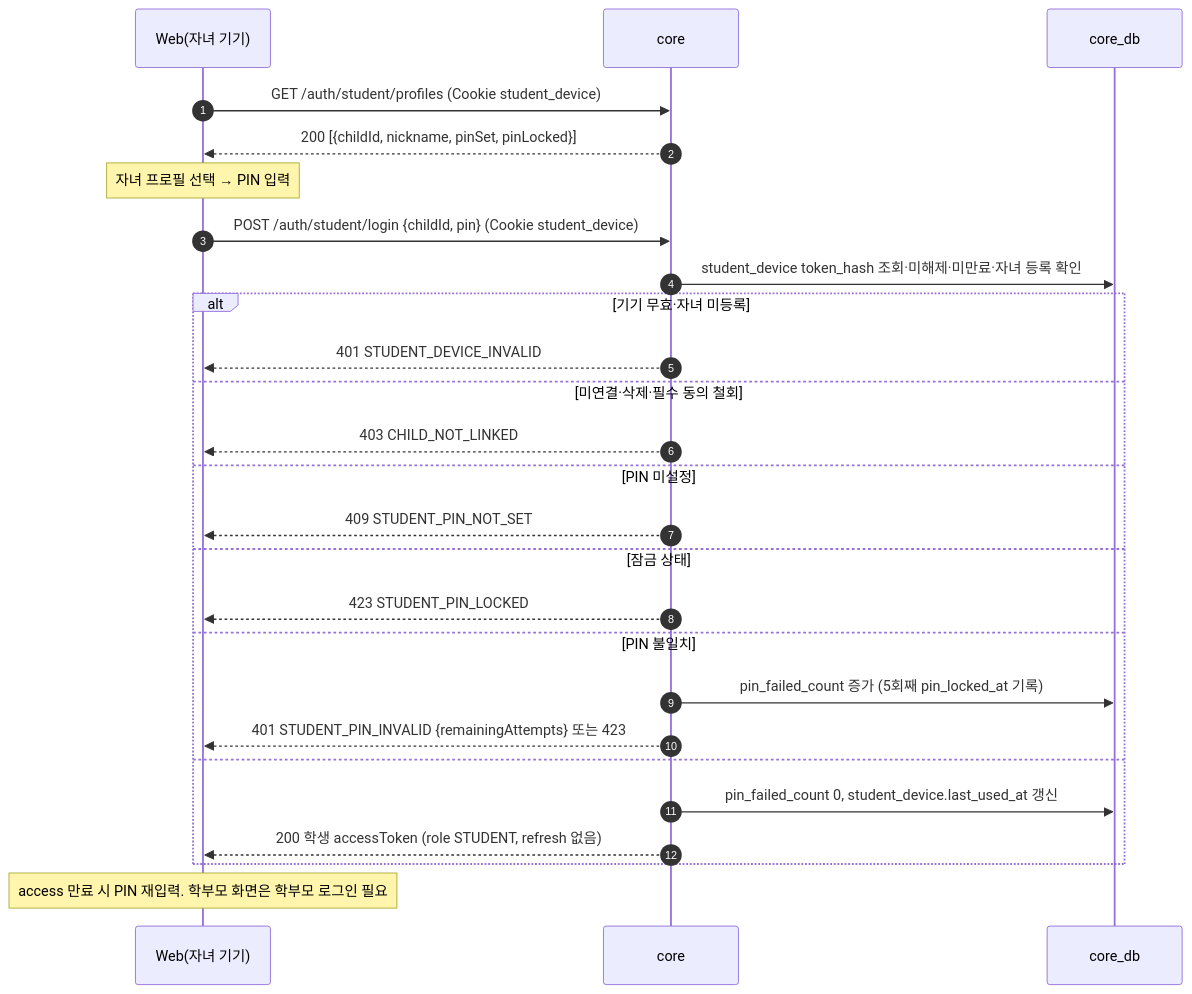
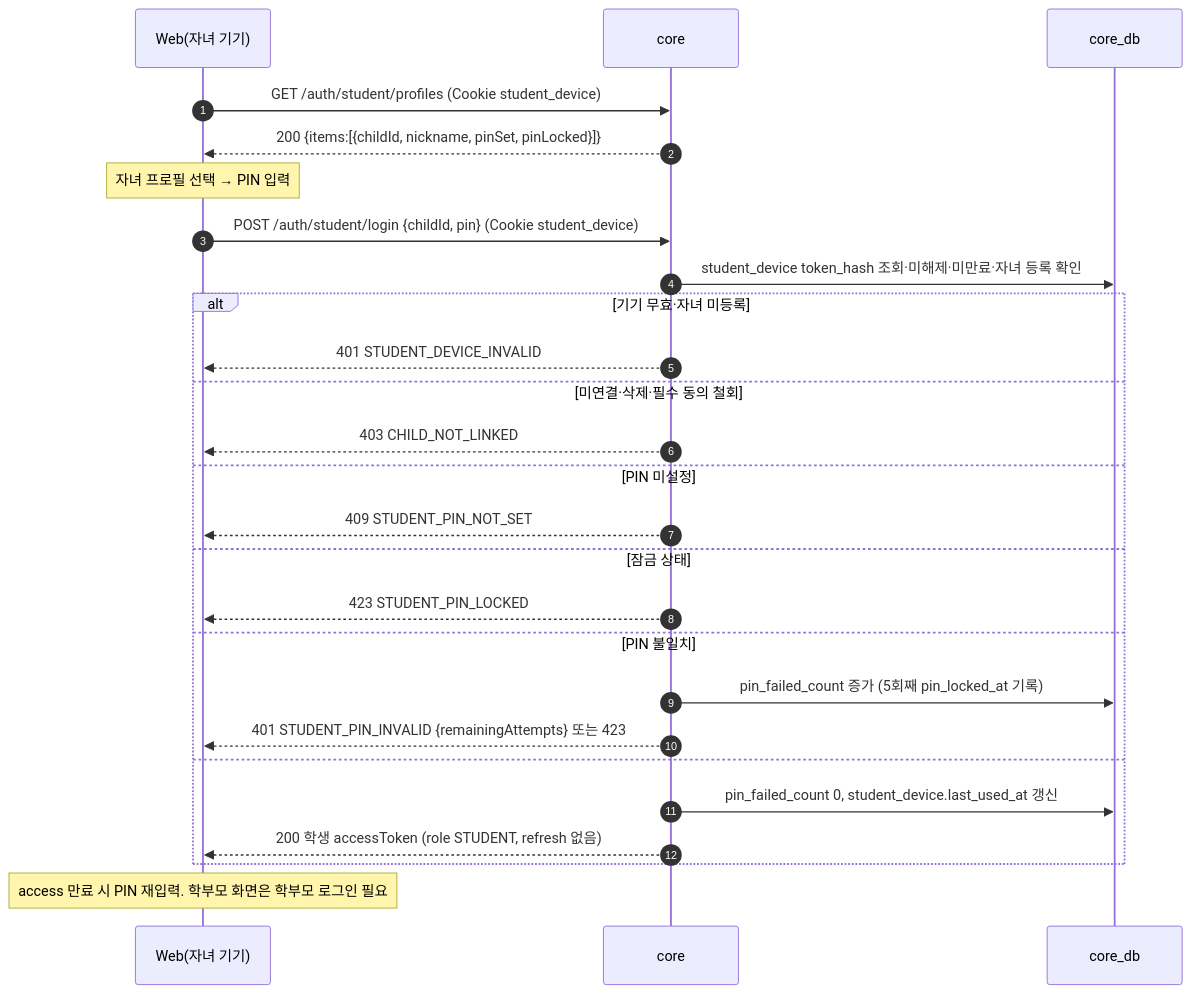
One commit to SKNETWORKS-FAMILY-AICAMP/SKN34-FINAL-3TEAM changed the sixth of 21 diagrams in docs/design/sequence-diagram.md. Above: the diagram before and after it, drawn with Mermaid. The commit also changed other lines of this file and 57 other files, not shown here.

````diff
--- a/docs/design/sequence-diagram.md
+++ b/docs/design/sequence-diagram.md
@@ -191,29 +191,29 @@
 ```mermaid
 sequenceDiagram
   autonumber
   participant K as Web(자녀 기기)
   participant C as core
   participant DB as core_db
 
   K->>C: GET /auth/student/profiles (Cookie student_device)
-  C-->>K: 200 [{childId, nickname, pinSet, pinLocked}]
+  C-->>K: 200 {items:[{childId, nickname, pinSet, pinLocked}]}
   Note over K: 자녀 프로필 선택 → PIN 입력
   K->>C: POST /auth/student/login {childId, pin} (Cookie student_device)
   C->>DB: student_device token_hash 조회·미해제·미만료·자녀 등록 확인
   alt 기기 무효·자녀 미등록
     C-->>K: 401 STUDENT_DEVICE_INVALID
   else 미연결·삭제·필수 동의 철회
     C-->>K: 403 CHILD_NOT_LINKED
   else PIN 미설정
     C-->>K: 409 STUDENT_PIN_NOT_SET
   else 잠금 상태
     C-->>K: 423 STUDENT_PIN_LOCKED
   else PIN 불일치
     C->>DB: pin_failed_count 증가 (5회째 pin_locked_at 기록)
     C-->>K: 401 STUDENT_PIN_INVALID {remainingAttempts} 또는 423
   else
     C->>DB: pin_failed_count 0, student_device.last_used_at 갱신
     C-->>K: 200 학생 accessToken (role STUDENT, refresh 없음)
   end
   Note over K: access 만료 시 PIN 재입력. 학부모 화면은 학부모 로그인 필요
 ```
````
